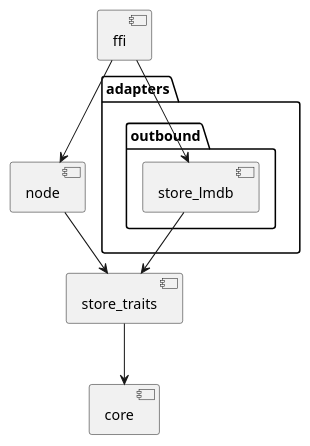
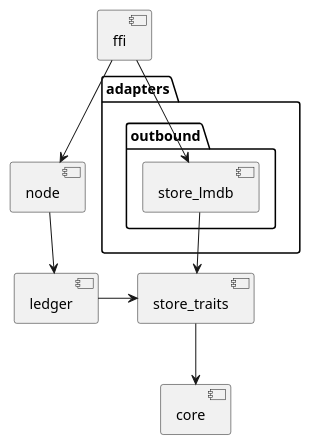
The diagram in rust/doc/crates.puml (stjet/rsban-node), drawn with PlantUML before and after one commit. The commit also changed 14 other files, not shown here.

```diff
--- a/rust/doc/crates.puml
+++ b/rust/doc/crates.puml
@@ -1,20 +1,22 @@
 @startuml "Split crates"
 
 [core]
 [store_traits]
+[ledger]
 [node]
 [ffi]
 
 folder "adapters"{
     folder "outbound"{
             [store_lmdb]
     }
 }
 
 [store_traits] --> [core]
 [store_lmdb] --> [store_traits]
-[node] --> [store_traits]
+[node] --> [ledger]
+[ledger] -> [store_traits]
 [ffi] --> [store_lmdb]
 [ffi] --> [node]
 
 @enduml
```
